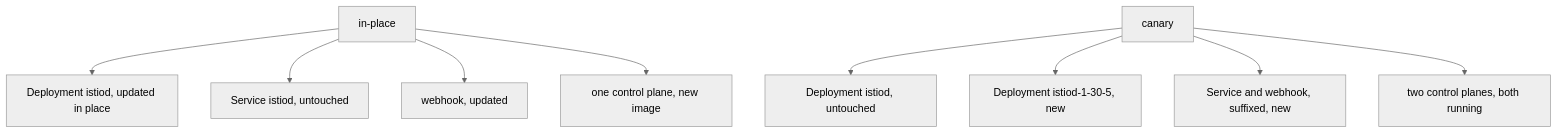
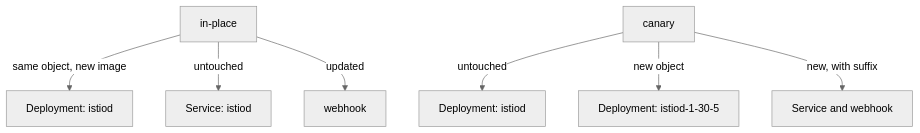
One commit to astrona-io/ATS013 changed the diagram in sections/section-030/module-03/course-01-replacing-the-control-plane.md. Above: the diagram before and after it, drawn with Mermaid (neutral theme). The commit also changed other lines of this file and 38 other files, not shown here.

````diff
--- a/sections/section-030/module-03/course-01-replacing-the-control-plane.md
+++ b/sections/section-030/module-03/course-01-replacing-the-control-plane.md
@@ -11,11 +13,9 @@
 ```mermaid
-flowchart TD
-    I0["in-place"] --> I1["Deployment istiod, updated in place"]
-    I0 --> I2["Service istiod, untouched"]
-    I0 --> I3["webhook, updated"]
-    I0 --> I4["one control plane, new image"]
-    C0["canary"] --> C1["Deployment istiod, untouched"]
-    C0 --> C2["Deployment istiod-1-30-5, new"]
-    C0 --> C3["Service and webhook, suffixed, new"]
-    C0 --> C4["two control planes, both running"]
+flowchart TB
+    I["in-place"] -->|"same object, new image"| I1["Deployment: istiod"]
+    I -->|"untouched"| I2["Service: istiod"]
+    I -->|"updated"| I3["webhook"]
+    C["canary"] -->|"untouched"| C1["Deployment: istiod"]
+    C -->|"new object"| C2["Deployment: istiod-1-30-5"]
+    C -->|"new, with suffix"| C3["Service and webhook"]
 ```
````
